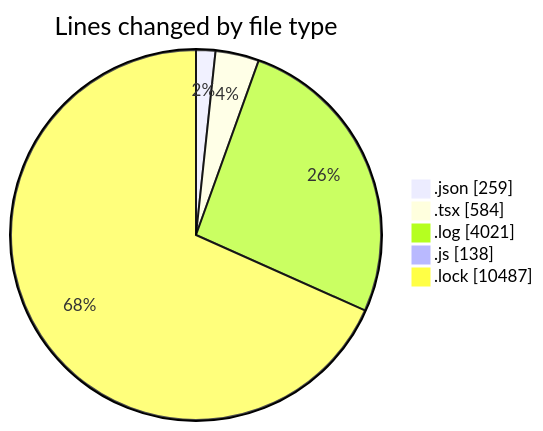
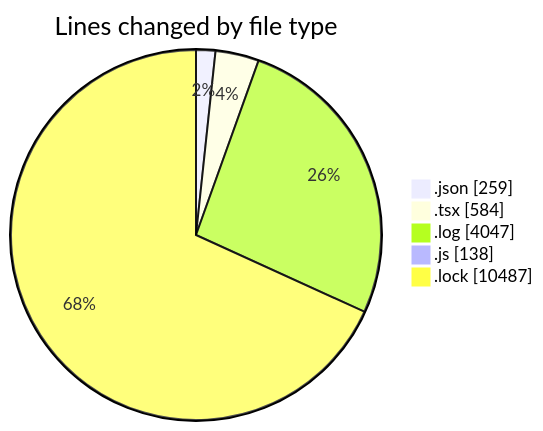
The first of 2 diagrams in 2026-03-24/cda/README.md (momahboobian/code-tracking), drawn with Mermaid before and after one commit. The commit also changed other lines of this file and 1 other file, not shown here.

````diff
--- a/2026-03-24/cda/README.md
+++ b/2026-03-24/cda/README.md
@@ -28,9 +28,9 @@
 ```mermaid
 pie showData
 title Lines changed by file type
 ".json" : 259
 ".tsx" : 584
-".log" : 4021
+".log" : 4047
 ".js" : 138
 ".lock" : 10487
 ```
````
